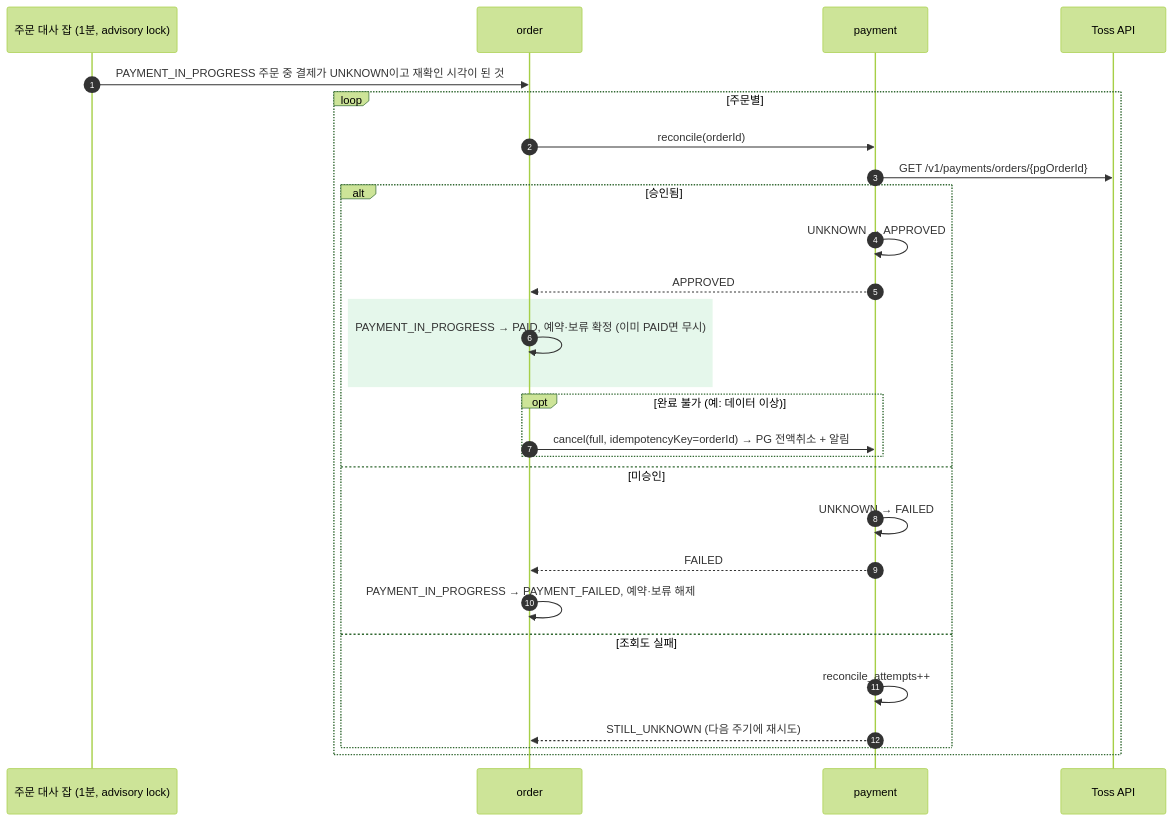
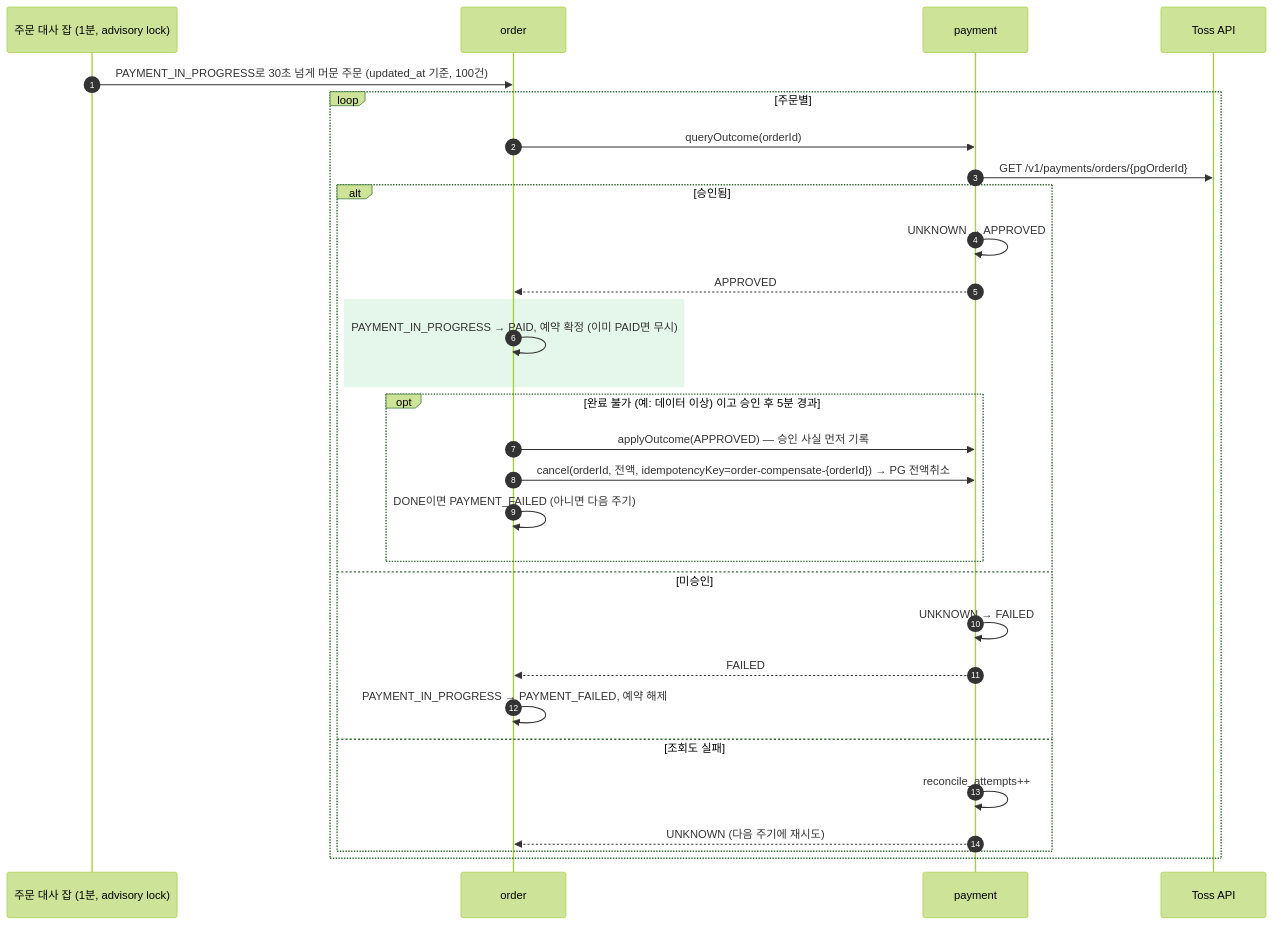
The third of 10 diagrams in docs/02-design/06-sequences.md (95twan/myroutine-v2), drawn with Mermaid (forest theme) before and after one commit. The commit also changed other lines of this file and 20 other files, not shown here.

````diff
--- a/docs/02-design/06-sequences.md
+++ b/docs/02-design/06-sequences.md
@@ -68,30 +69,32 @@
 ```mermaid
 sequenceDiagram
   autonumber
   participant J as 주문 대사 잡 (1분, advisory lock)
   participant O as order
   participant P as payment
   participant PG as Toss API
-  J->>O: PAYMENT_IN_PROGRESS 주문 중 결제가 UNKNOWN이고 재확인 시각이 된 것
+  J->>O: PAYMENT_IN_PROGRESS로 30초 넘게 머문 주문 (updated_at 기준, 100건)
   loop 주문별
-    O->>P: reconcile(orderId)
+    O->>P: queryOutcome(orderId)
     P->>PG: GET /v1/payments/orders/{pgOrderId}
     alt 승인됨
       P->>P: UNKNOWN → APPROVED
       P-->>O: APPROVED
       rect rgba(80,200,120,0.15)
-        O->>O: PAYMENT_IN_PROGRESS → PAID, 예약·보류 확정 (이미 PAID면 무시)
+        O->>O: PAYMENT_IN_PROGRESS → PAID, 예약 확정 (이미 PAID면 무시)
       end
-      opt 완료 불가 (예: 데이터 이상)
-        O->>P: cancel(full, idempotencyKey=orderId) → PG 전액취소 + 알림
+      opt 완료 불가 (예: 데이터 이상) 이고 승인 후 5분 경과
+        O->>P: applyOutcome(APPROVED) — 승인 사실 먼저 기록
+        O->>P: cancel(orderId, 전액, idempotencyKey=order-compensate-{orderId}) → PG 전액취소
+        O->>O: DONE이면 PAYMENT_FAILED (아니면 다음 주기)
       end
     else 미승인
       P->>P: UNKNOWN → FAILED
       P-->>O: FAILED
-      O->>O: PAYMENT_IN_PROGRESS → PAYMENT_FAILED, 예약·보류 해제
+      O->>O: PAYMENT_IN_PROGRESS → PAYMENT_FAILED, 예약 해제
     else 조회도 실패
       P->>P: reconcile_attempts++
-      P-->>O: STILL_UNKNOWN (다음 주기에 재시도)
+      P-->>O: UNKNOWN (다음 주기에 재시도)
     end
   end
 ```
````
